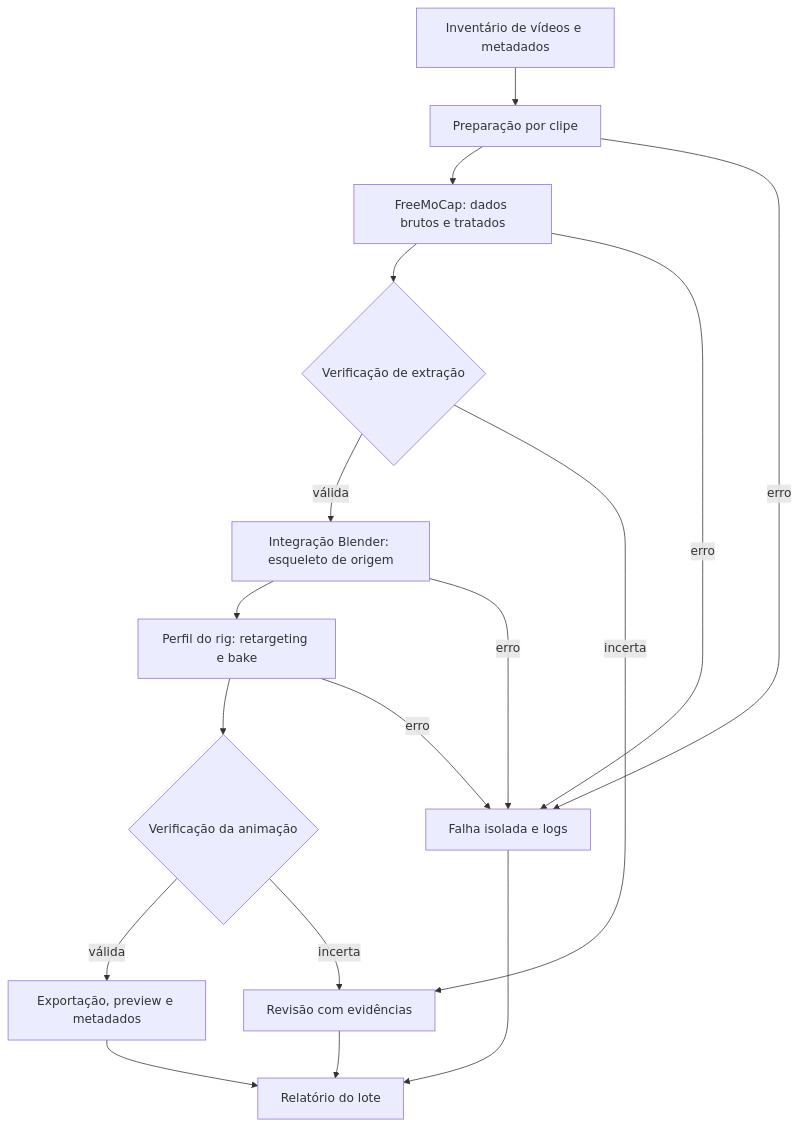
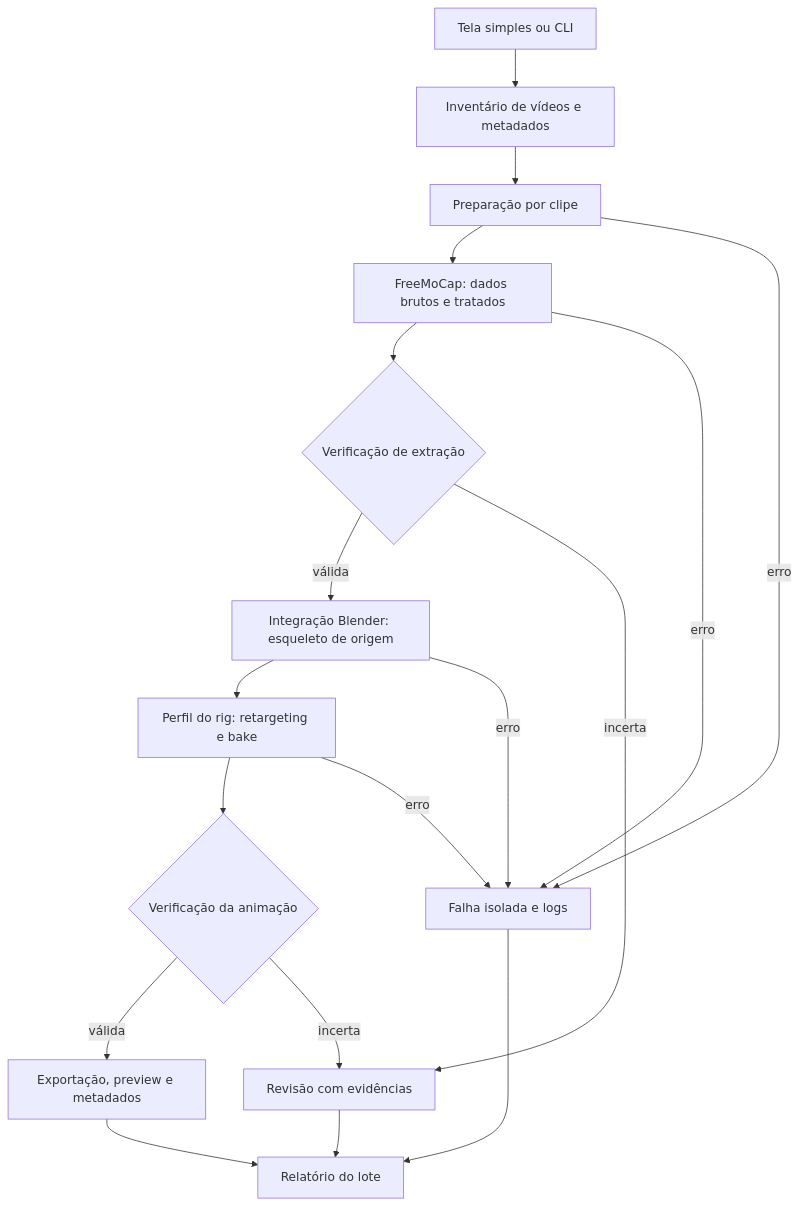
The diagram in docs/planning.md (PedroCBrito/Video-to-Animation-LIBRAS), drawn with Mermaid before and after one commit. The commit also changed other lines of this file and 45 other files, not shown here.

````diff
--- a/docs/planning.md
+++ b/docs/planning.md
@@ -52,19 +50,20 @@
 ```mermaid
 flowchart TD
-    A["Inventário de vídeos e metadados"] --> B["Preparação por clipe"]
+    U["Tela simples ou CLI"] --> A["Inventário de vídeos e metadados"]
+    A --> B["Preparação por clipe"]
     B --> C["FreeMoCap: dados brutos e tratados"]
     C --> D{"Verificação de extração"}
     D -- "válida" --> E["Integração Blender: esqueleto de origem"]
     D -- "incerta" --> R["Revisão com evidências"]
     E --> F["Perfil do rig: retargeting e bake"]
     F --> G{"Verificação da animação"}
     G -- "válida" --> H["Exportação, preview e metadados"]
     G -- "incerta" --> R
     H --> I["Relatório do lote"]
     R --> I
     B -- "erro" --> X["Falha isolada e logs"]
     C -- "erro" --> X
     E -- "erro" --> X
     F -- "erro" --> X
     X --> I
 ```
````
